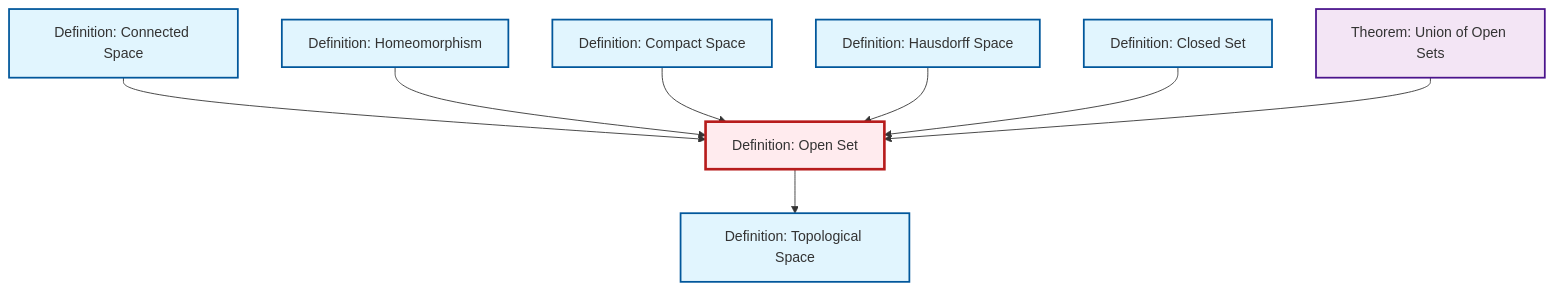
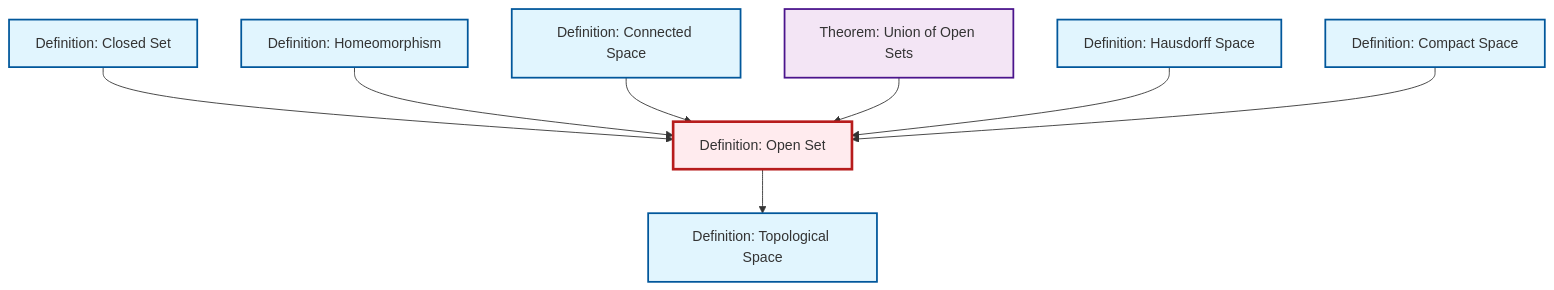
One commit to RK0429/ModernMath changed the diagram in content/ja/topology/def-open-set.qmd. Above: the diagram before and after it, drawn with Mermaid. The commit also changed other lines of this file and 581 other files, not shown here.

````diff
--- a/content/ja/topology/def-open-set.qmd
+++ b/content/ja/topology/def-open-set.qmd
@@ -54,32 +54,32 @@
 ```{mermaid}
 %%| fig-cap: "Local dependency graph"
 graph TD
     classDef definition fill:#e1f5fe,stroke:#01579b,stroke-width:2px
     classDef theorem fill:#f3e5f5,stroke:#4a148c,stroke-width:2px
     classDef axiom fill:#fff3e0,stroke:#e65100,stroke-width:2px
     classDef example fill:#e8f5e9,stroke:#1b5e20,stroke-width:2px
     classDef current fill:#ffebee,stroke:#b71c1c,stroke-width:3px
-    thm-union-open-sets["Theorem: Union of Open Sets"]:::theorem
-    def-hausdorff["Definition: Hausdorff Space"]:::definition
     def-connected["Definition: Connected Space"]:::definition
     def-compact["Definition: Compact Space"]:::definition
+    def-closed-set["Definition: Closed Set"]:::definition
+    def-hausdorff["Definition: Hausdorff Space"]:::definition
     def-open-set["Definition: Open Set"]:::definition
+    thm-union-open-sets["Theorem: Union of Open Sets"]:::theorem
     def-topological-space["Definition: Topological Space"]:::definition
-    def-closed-set["Definition: Closed Set"]:::definition
     def-homeomorphism["Definition: Homeomorphism"]:::definition
+    def-closed-set --> def-open-set
+    def-homeomorphism --> def-open-set
     def-connected --> def-open-set
+    thm-union-open-sets --> def-open-set
+    def-hausdorff --> def-open-set
+    def-compact --> def-open-set
     def-open-set --> def-topological-space
-    def-homeomorphism --> def-open-set
-    def-compact --> def-open-set
-    def-hausdorff --> def-open-set
-    def-closed-set --> def-open-set
-    thm-union-open-sets --> def-open-set
     class def-open-set current
-    click thm-union-open-sets "thm-union-open-sets.html" "Theorem: Union of Open Setsへ"
-    click def-hausdorff "def-hausdorff.html" "Definition: Hausdorff Spaceへ"
     click def-connected "def-connected.html" "Definition: Connected Spaceへ"
     click def-compact "def-compact.html" "Definition: Compact Spaceへ"
+    click def-closed-set "def-closed-set.html" "Definition: Closed Setへ"
+    click def-hausdorff "def-hausdorff.html" "Definition: Hausdorff Spaceへ"
+    click thm-union-open-sets "thm-union-open-sets.html" "Theorem: Union of Open Setsへ"
     click def-topological-space "def-topological-space.html" "Definition: Topological Spaceへ"
-    click def-closed-set "def-closed-set.html" "Definition: Closed Setへ"
     click def-homeomorphism "def-homeomorphism.html" "Definition: Homeomorphismへ"
 ```
````
